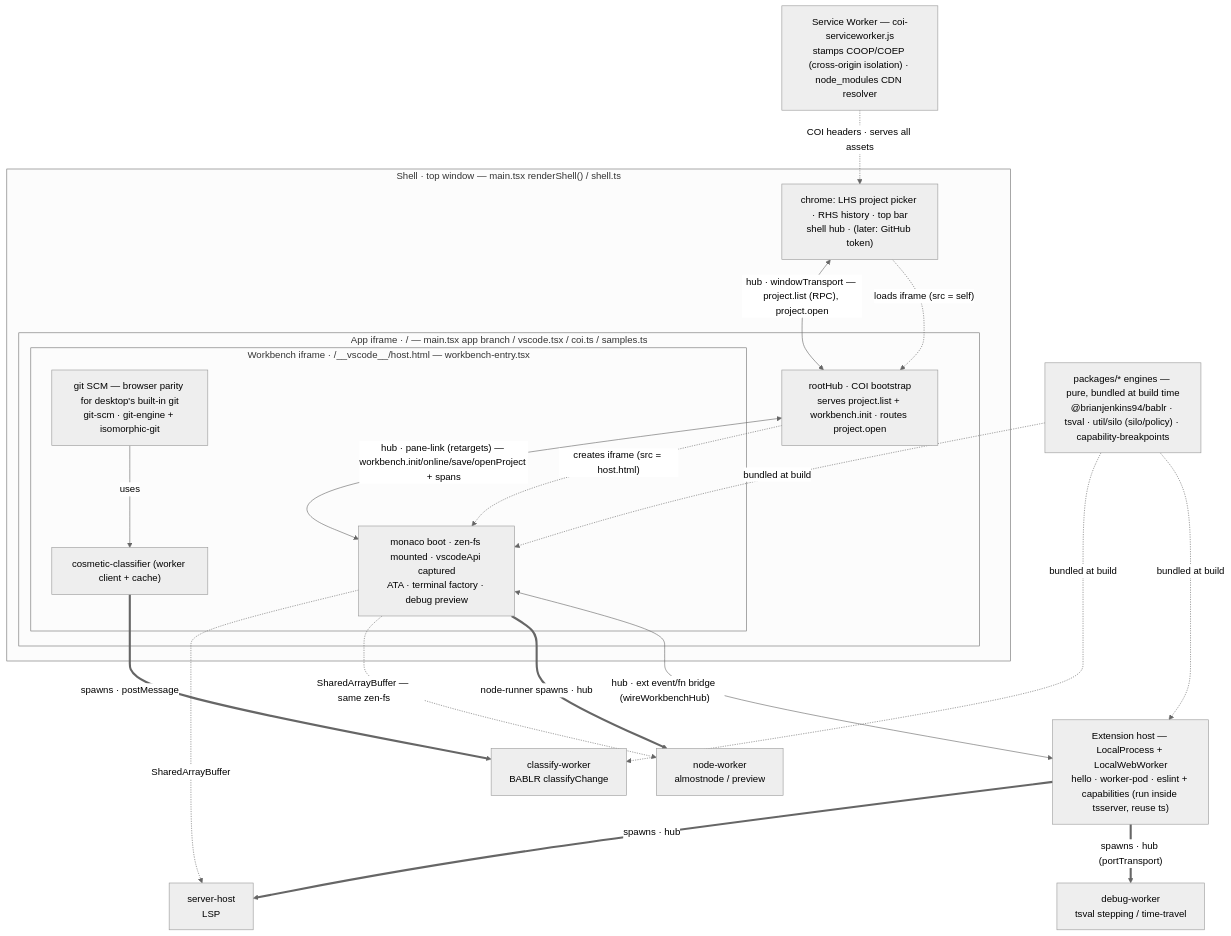
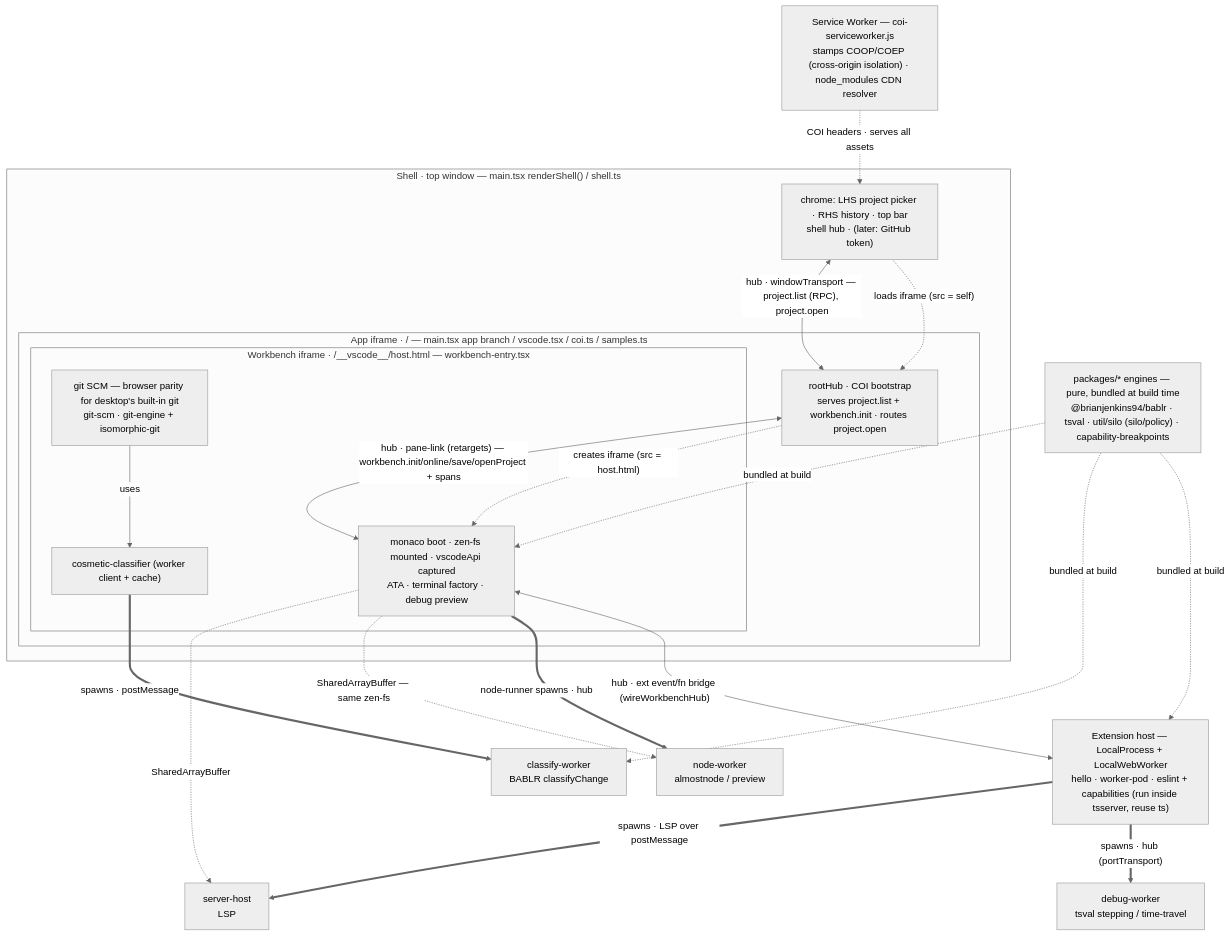
One commit to brianjenkins94/editor changed the first of 2 diagrams in packages/vscode/ARCHITECTURE.md. Above: the diagram before and after it, drawn with Mermaid (neutral theme). The commit also changed other lines of this file and 12 other files, not shown here.

First line of the commit message:
vscode: the live architecture view

````diff
--- a/packages/vscode/ARCHITECTURE.md
+++ b/packages/vscode/ARCHITECTURE.md
@@ -66,46 +66,46 @@
 ```mermaid
 flowchart TB
   SW["Service Worker — coi-serviceworker.js<br/>stamps COOP/COEP (cross-origin isolation) · node_modules CDN resolver"]
 
   subgraph SHELL["Shell · top window — main.tsx renderShell() / shell.ts"]
     S["chrome: LHS project picker · RHS history · top bar<br/>shell hub · (later: GitHub token)"]
     subgraph APP["App iframe · / — main.tsx app branch / vscode.tsx / coi.ts / samples.ts"]
       A["rootHub · COI bootstrap<br/>serves project.list + workbench.init · routes project.open"]
       subgraph WB["Workbench iframe · /__vscode__/host.html — workbench-entry.tsx"]
         W["monaco boot · zen-fs mounted · vscodeApi captured<br/>ATA · terminal factory · debug preview"]
         GIT["git SCM — browser parity for desktop's built-in git<br/>git-scm · git-engine + isomorphic-git"]
         COS["cosmetic-classifier (worker client + cache)"]
       end
     end
   end
 
   EXT["Extension host — LocalProcess + LocalWebWorker<br/>hello · worker-pod · eslint + capabilities (run inside tsserver, reuse ts)"]
 
   NW["node-worker<br/>almostnode / preview"]
   DW["debug-worker<br/>tsval stepping / time-travel"]
   SH["server-host<br/>LSP"]
   CW["classify-worker<br/>BABLR classifyChange"]
 
   PKG["packages/* engines — pure, bundled at build time<br/>@brianjenkins94/bablr · tsval · util/silo (silo/policy) · capability-breakpoints"]
 
   S -.->|"loads iframe (src = self)"| A
   A -.->|"creates iframe (src = host.html)"| W
 
   S <-->|"hub · windowTransport — project.list (RPC), project.open"| A
   A <-->|"hub · pane-link (retargets) — workbench.init/online/save/openProject + spans"| W
   W <-->|"hub · ext event/fn bridge (wireWorkbenchHub)"| EXT
 
   W ==>|"node-runner spawns · hub"| NW
   EXT ==>|"spawns · hub (portTransport)"| DW
-  EXT ==>|"spawns · hub"| SH
+  EXT ==>|"spawns · LSP over postMessage"| SH
   COS ==>|"spawns · postMessage"| CW
   GIT -->|"uses"| COS
 
   W -.->|"SharedArrayBuffer — same zen-fs"| NW
   W -.->|"SharedArrayBuffer"| SH
 
   SW -.->|"COI headers · serves all assets"| S
   PKG -.->|"bundled at build"| W
   PKG -.->|"bundled at build"| EXT
   PKG -.->|"bundled at build"| CW
 ```
````
